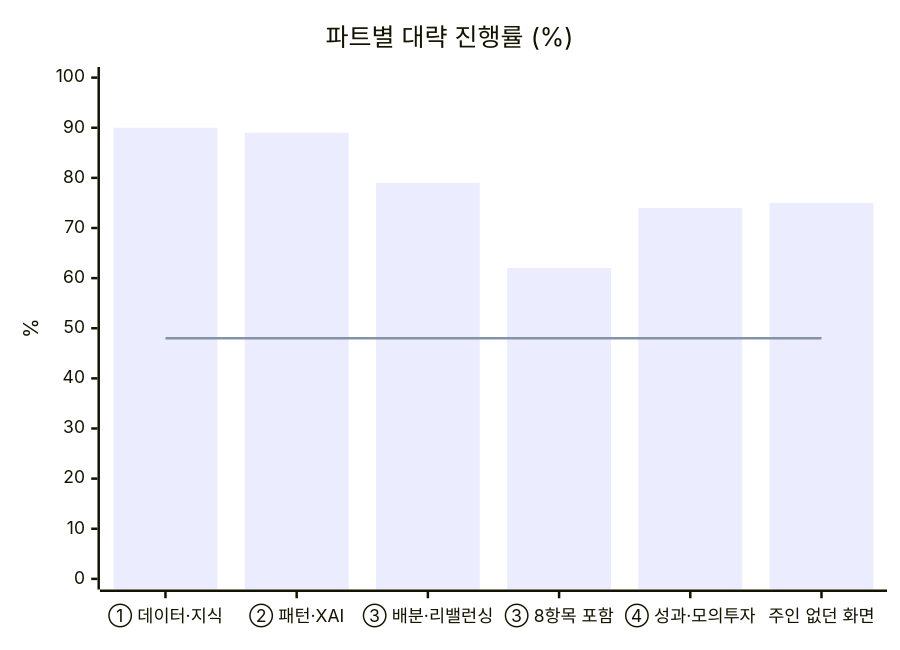
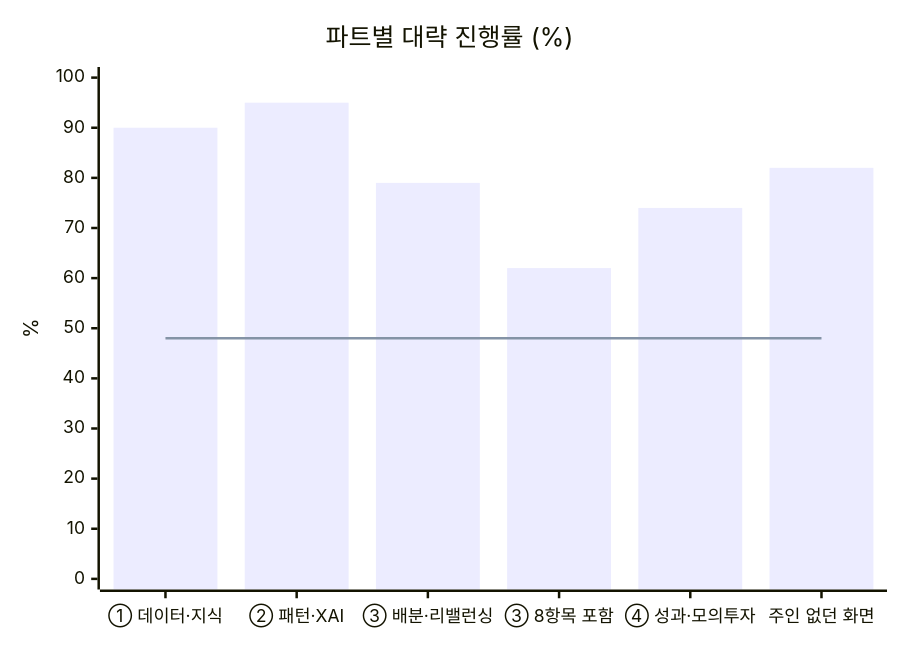
The first of 4 diagrams in docs/github-archive/2026-10-12/이슈-2차-중간점검/00-본문.md (EST-team-project/Qurious), drawn with Mermaid before and after one commit. The commit also changed other lines of this file and 84 other files, not shown here.

````diff
--- a/docs/github-archive/2026-10-12/이슈-2차-중간점검/00-본문.md
+++ b/docs/github-archive/2026-10-12/이슈-2차-중간점검/00-본문.md
@@ -33,8 +33,8 @@
 ```mermaid
 xychart-beta
   title "파트별 대략 진행률 (%)"
   x-axis ["① 데이터·지식", "② 패턴·XAI", "③ 배분·리밸런싱", "③ 8항목 포함", "④ 성과·모의투자", "주인 없던 화면"]
   y-axis "%" 0 --> 100
-  bar [90, 89, 79, 62, 74, 75]
+  bar [90, 95, 79, 62, 74, 82]
   line [48, 48, 48, 48, 48, 48]
 ```
````
